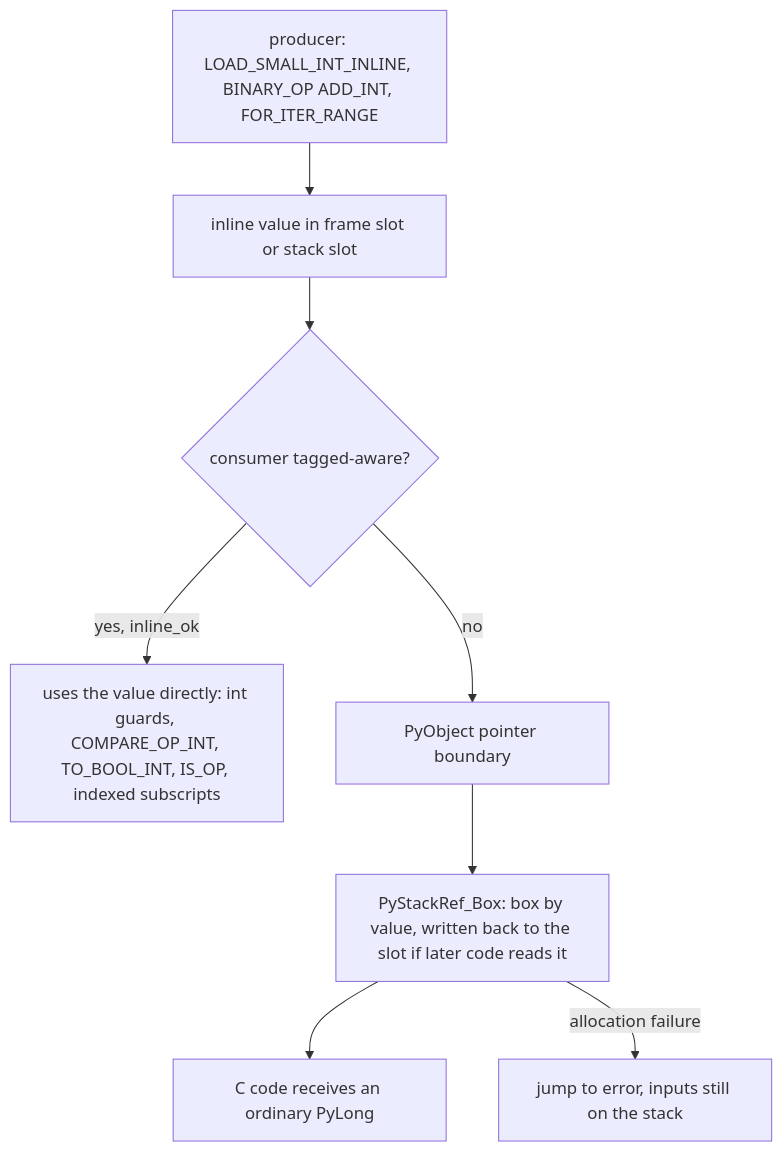
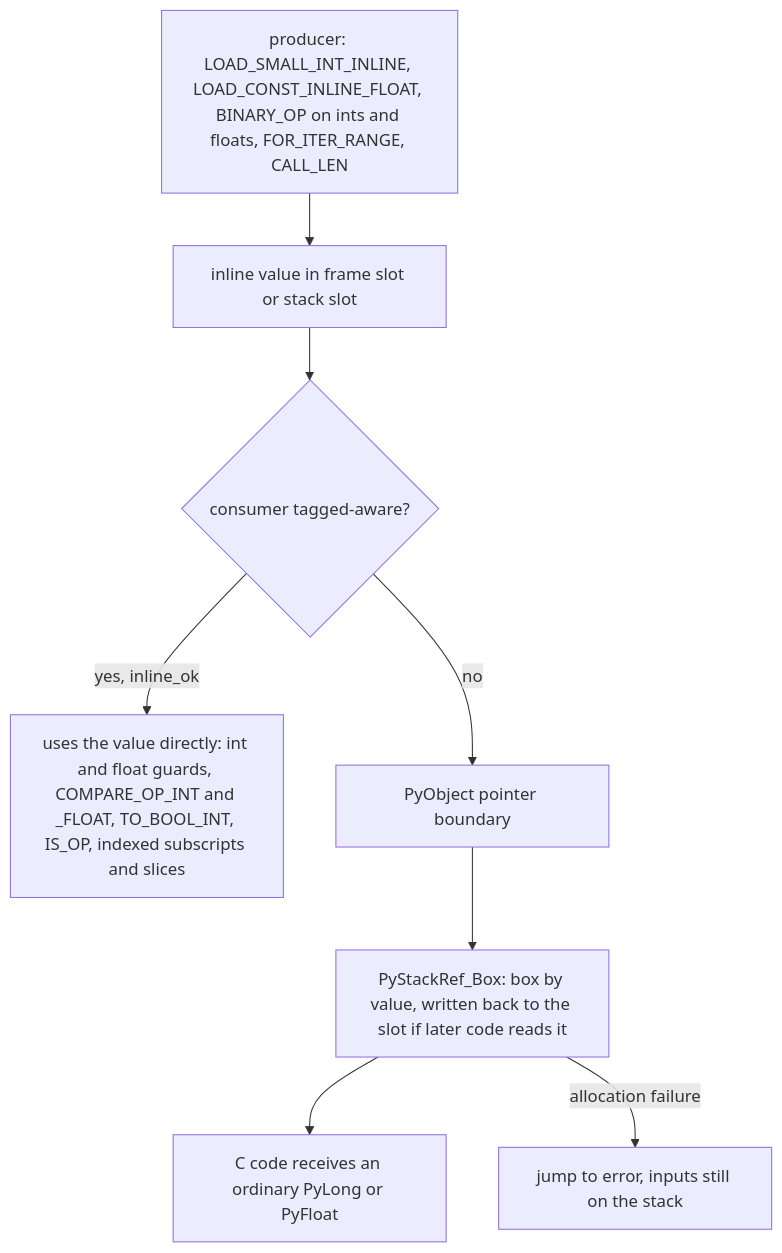
Before and after one commit to rjpower/cpython: the fifth of 7 diagrams in boil/PR.md, drawn with Mermaid. The commit also changed other lines of this file, not shown here.

````diff
--- a/boil/PR.md
+++ b/boil/PR.md
@@ -133,10 +254,10 @@
 ```mermaid
 flowchart TB
-    prod["producer: LOAD_SMALL_INT_INLINE, BINARY_OP ADD_INT, FOR_ITER_RANGE"] --> slot["inline value in frame slot or stack slot"]
+    prod["producer: LOAD_SMALL_INT_INLINE, LOAD_CONST_INLINE_FLOAT, BINARY_OP on ints and floats, FOR_ITER_RANGE, CALL_LEN"] --> slot["inline value in frame slot or stack slot"]
     slot --> aware{"consumer tagged-aware?"}
-    aware -->|yes, inline_ok| direct["uses the value directly: int guards, COMPARE_OP_INT, TO_BOOL_INT, IS_OP, indexed subscripts"]
+    aware -->|yes, inline_ok| direct["uses the value directly: int and float guards, COMPARE_OP_INT and _FLOAT, TO_BOOL_INT, IS_OP, indexed subscripts and slices"]
     aware -->|no| boundary["PyObject pointer boundary"]
     boundary --> box["PyStackRef_Box: box by value, written back to the slot if later code reads it"]
-    box --> c["C code receives an ordinary PyLong"]
+    box --> c["C code receives an ordinary PyLong or PyFloat"]
     box -->|allocation failure| err["jump to error, inputs still on the stack"]
 ```
````
